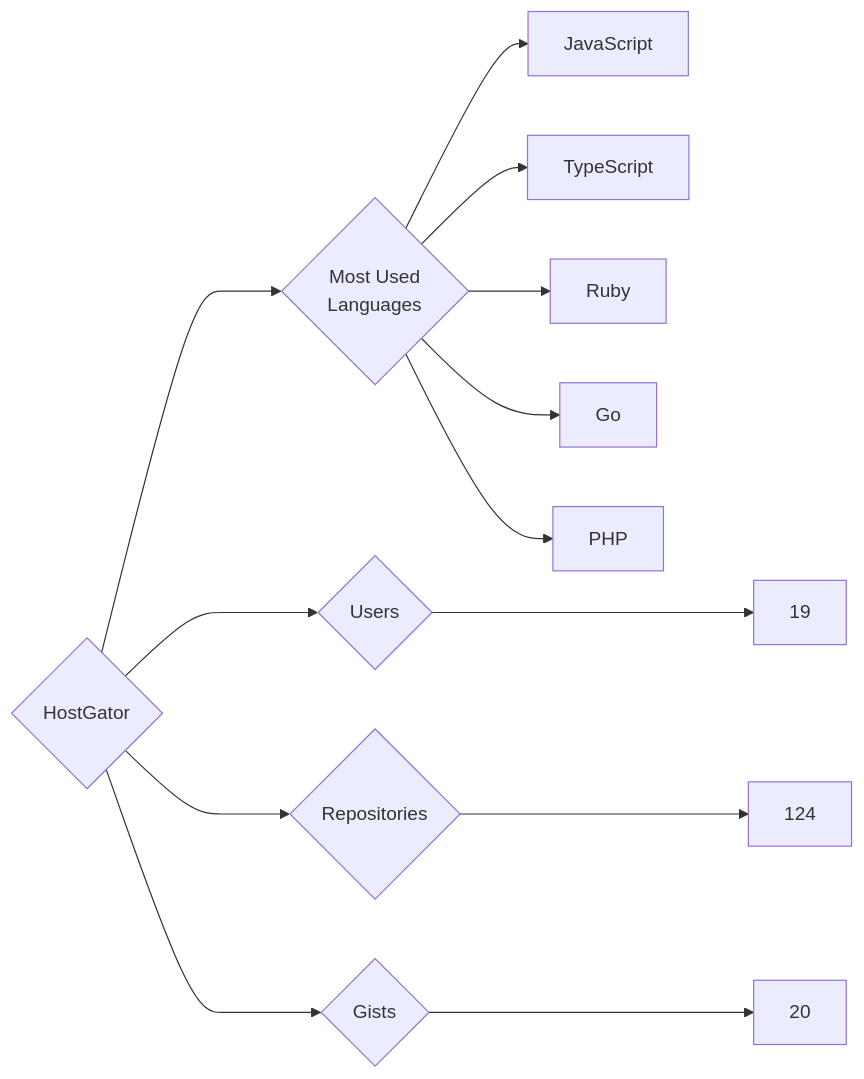
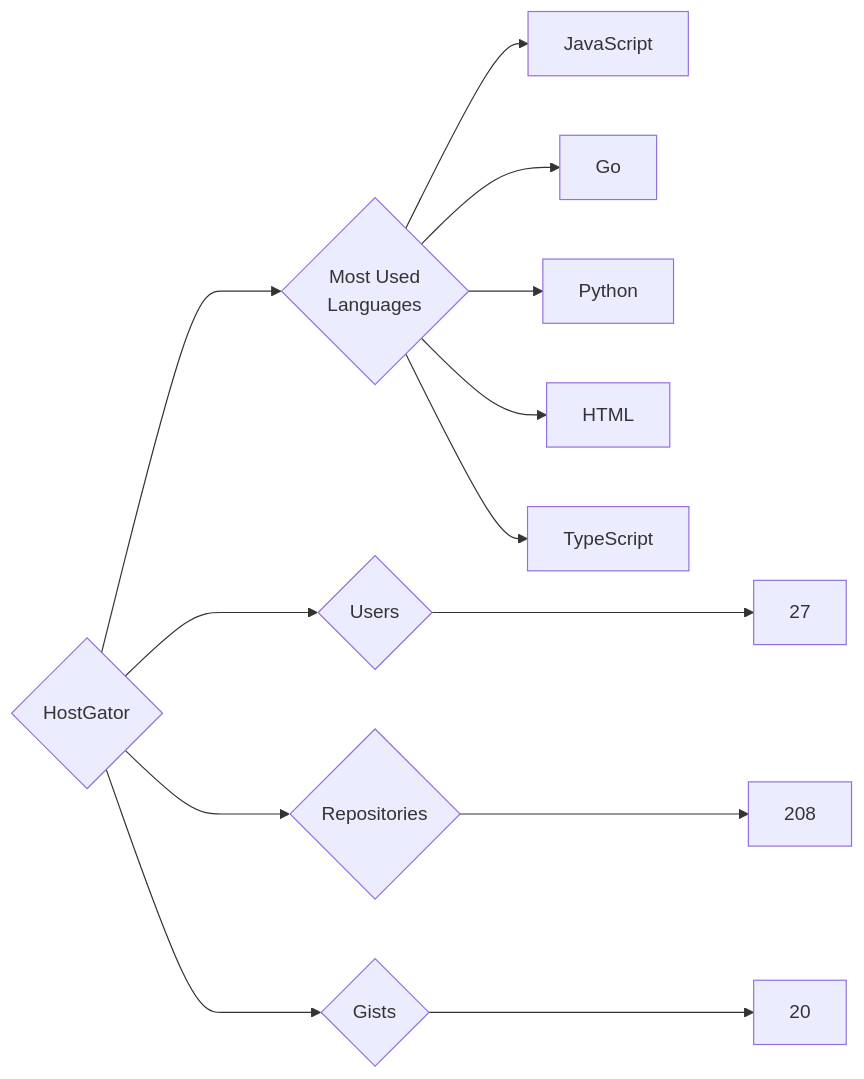
One commit to trickest/insiders changed the diagram in targets/HostGator/README.md. Above: the diagram before and after it, drawn with Mermaid. The commit also changed 644 other files, not shown here.

````diff
--- a/targets/HostGator/README.md
+++ b/targets/HostGator/README.md
@@ -3,13 +3,13 @@
 ```mermaid
 graph LR
 COMPANY_NAME{HostGator}
-COMPANY_NAME ---> U{Users} ---> UN[19]
-COMPANY_NAME ---> R{Repositories} ---> RN[124]
+COMPANY_NAME ---> U{Users} ---> UN[27]
+COMPANY_NAME ---> R{Repositories} ---> RN[208]
 COMPANY_NAME ---> G{Gists} ---> GN[20]
 COMPANY_NAME ---> ML{Most Used<br>Languages}
 ML --> JavaScript[JavaScript]
+ML --> Go[Go]
+ML --> Python[Python]
+ML --> HTML[HTML]
 ML --> TypeScript[TypeScript]
-ML --> Ruby[Ruby]
-ML --> Go[Go]
-ML --> PHP[PHP]
 ```
````
